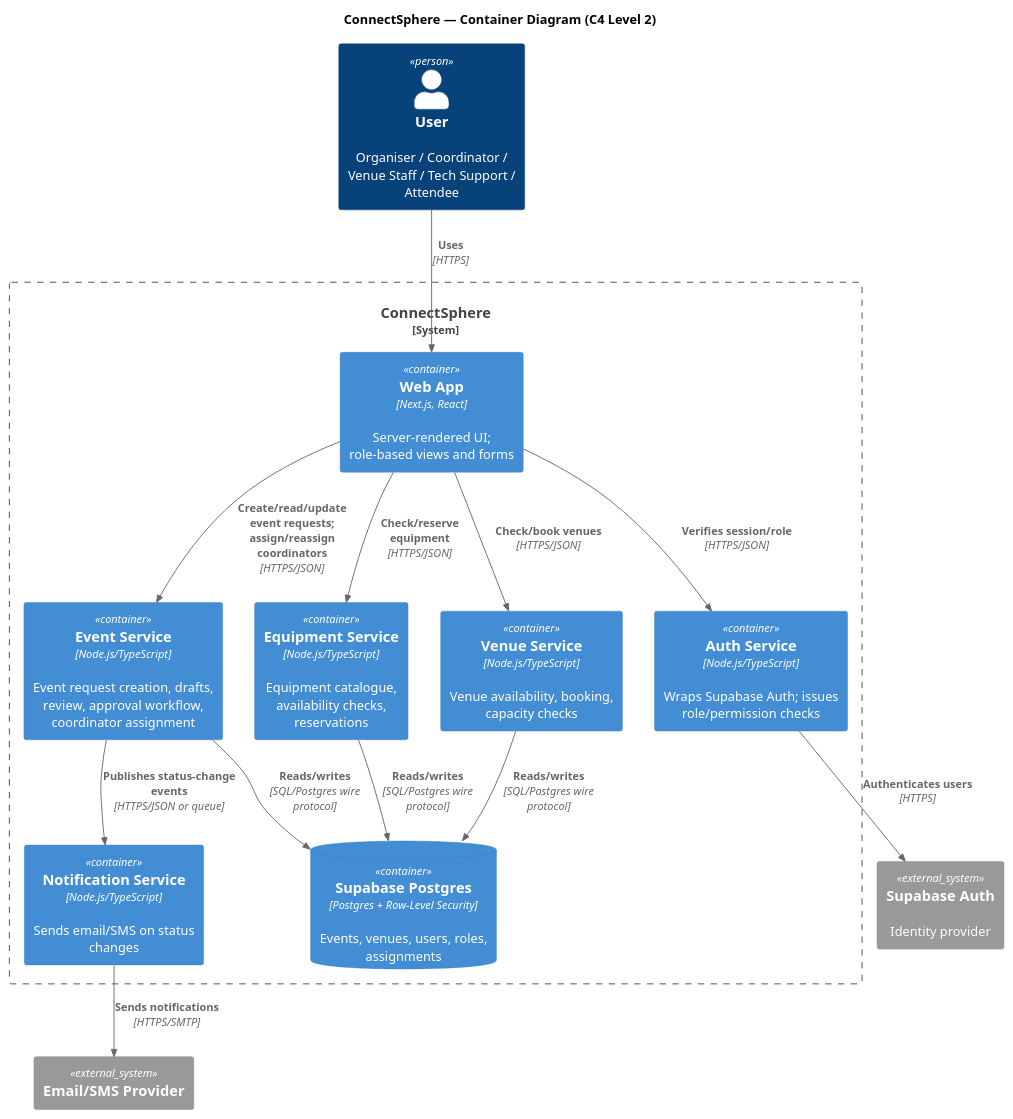
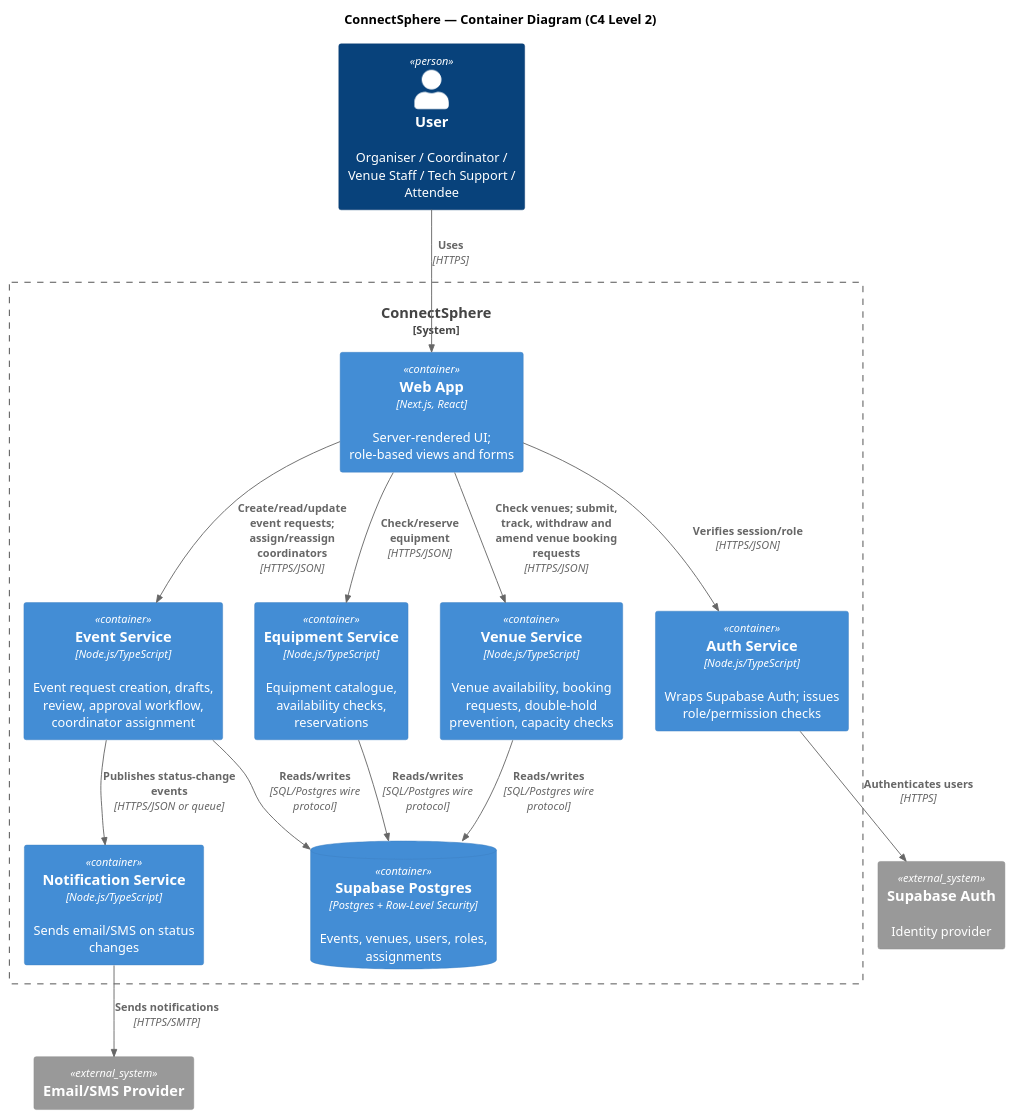
Before and after one commit to danjaii/SPM-T5: the diagram in docs/architecture/c4/container.puml, drawn with PlantUML. The commit also changed 1 other file, not shown here.

Commit message:
docs - Add venue-service component diagram and update container diagram
- New component-venue-service.puml: what SCRUM-36 built (slot rule, repository, error handling) and the planned booking service/routes
- container.puml: venue service now covers booking requests and double-hold prevention
- Source only; rendered SVGs are CI-generated. Verified locally with the CI PlantUML command (-failfast2)

```diff
--- a/docs/architecture/c4/container.puml
+++ b/docs/architecture/c4/container.puml
@@ -1,38 +1,38 @@
 @startuml container
 !include https://raw.githubusercontent.com/plantuml-stdlib/C4-PlantUML/master/C4_Container.puml
 
 title ConnectSphere — Container Diagram (C4 Level 2)
 
 Person(user, "User", "Organiser / Coordinator / Venue Staff / Tech Support / Attendee")
 
 System_Boundary(connectsphere, "ConnectSphere") {
   Container(web, "Web App", "Next.js, React", "Server-rendered UI; role-based views and forms")
 
   Container(authSvc, "Auth Service", "Node.js/TypeScript", "Wraps Supabase Auth; issues role/permission checks")
   Container(eventSvc, "Event Service", "Node.js/TypeScript", "Event request creation, drafts, review, approval workflow, coordinator assignment")
-  Container(venueSvc, "Venue Service", "Node.js/TypeScript", "Venue availability, booking, capacity checks")
+  Container(venueSvc, "Venue Service", "Node.js/TypeScript", "Venue availability, booking requests, double-hold prevention, capacity checks")
   Container(equipmentSvc, "Equipment Service", "Node.js/TypeScript", "Equipment catalogue, availability checks, reservations")
   Container(notificationSvc, "Notification Service", "Node.js/TypeScript", "Sends email/SMS on status changes")
 
   ContainerDb(db, "Supabase Postgres", "Postgres + Row-Level Security", "Events, venues, users, roles, assignments")
 }
 
 System_Ext(supabaseAuth, "Supabase Auth", "Identity provider")
 System_Ext(emailProvider, "Email/SMS Provider")
 
 Rel(user, web, "Uses", "HTTPS")
 
 Rel(web, authSvc, "Verifies session/role", "HTTPS/JSON")
 Rel(web, eventSvc, "Create/read/update event requests; assign/reassign coordinators", "HTTPS/JSON")
-Rel(web, venueSvc, "Check/book venues", "HTTPS/JSON")
+Rel(web, venueSvc, "Check venues; submit, track, withdraw and amend venue booking requests", "HTTPS/JSON")
 Rel(web, equipmentSvc, "Check/reserve equipment", "HTTPS/JSON")
 
 Rel(authSvc, supabaseAuth, "Authenticates users", "HTTPS")
 Rel(eventSvc, db, "Reads/writes", "SQL/Postgres wire protocol")
 Rel(venueSvc, db, "Reads/writes", "SQL/Postgres wire protocol")
 Rel(equipmentSvc, db, "Reads/writes", "SQL/Postgres wire protocol")
 
 Rel(eventSvc, notificationSvc, "Publishes status-change events", "HTTPS/JSON or queue")
 Rel(notificationSvc, emailProvider, "Sends notifications", "HTTPS/SMTP")
 
 @enduml
```
